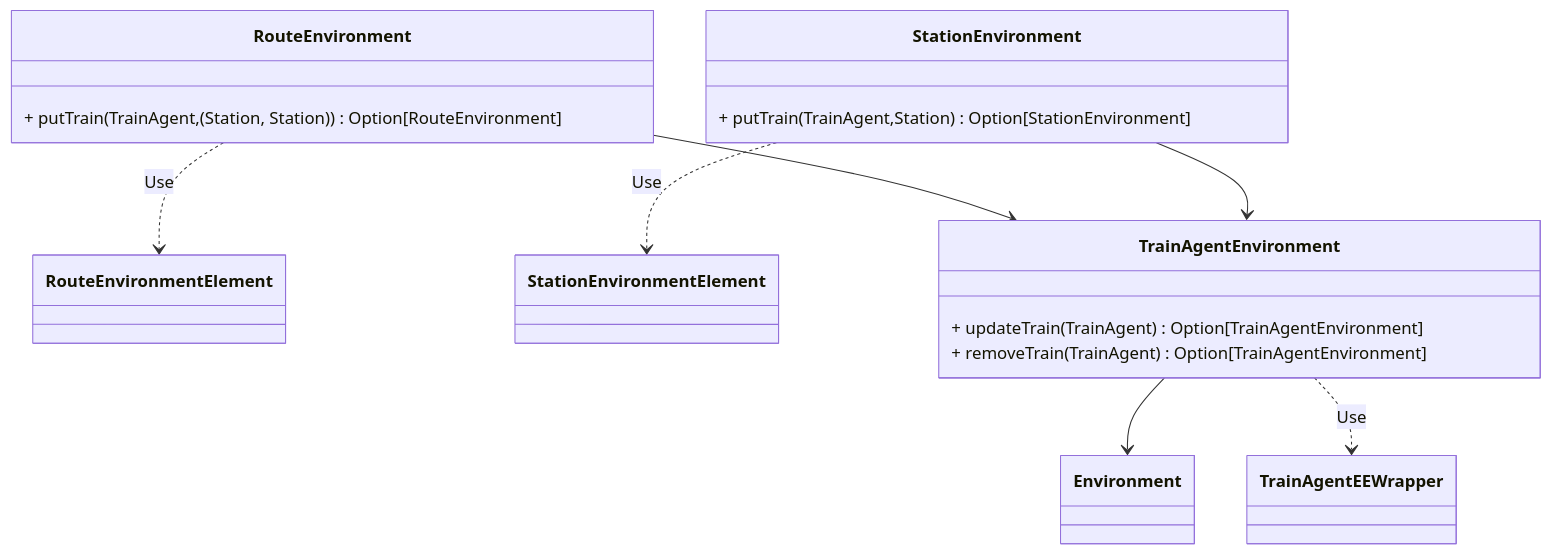
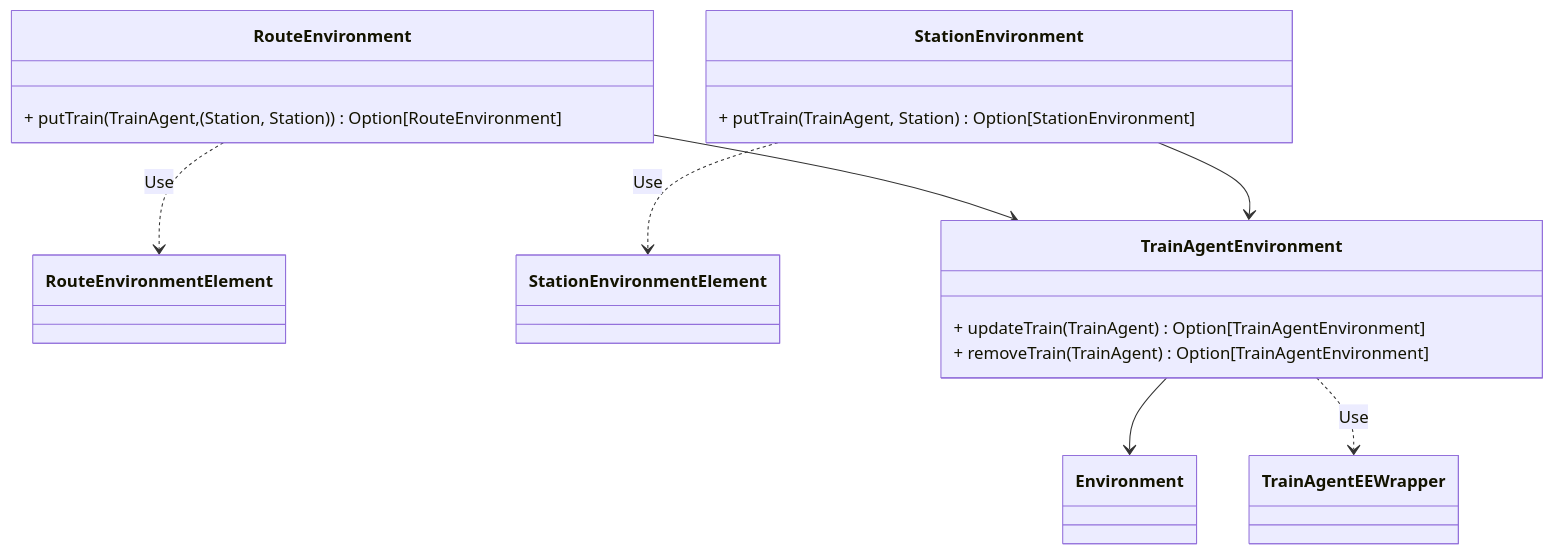
One commit to dev-pps/pps-23-ulisse changed diagram 16 of 19 in docs/report/4-details-design.md. Above: the diagram before and after it, drawn with Mermaid. The commit also changed other lines of this file, not shown here.

````diff
--- a/docs/report/4-details-design.md
+++ b/docs/report/4-details-design.md
@@ -783,29 +812,27 @@
 ```mermaid
 classDiagram
     direction TB
-   
+
     class RouteEnvironmentElement
     class StationEnvironmentElement
     class TrainAgentEEWrapper
     class Environment
-    class TrainAgentEnvironment{
-      + updateTrain(TrainAgent) Option[TrainAgentEnvironment]
-      + removeTrain(TrainAgent) Option[TrainAgentEnvironment]
+    class TrainAgentEnvironment {
+        + updateTrain(TrainAgent) Option[TrainAgentEnvironment]
+        + removeTrain(TrainAgent) Option[TrainAgentEnvironment]
     }
-    class StationEnvironment{
-      + putTrain(TrainAgent,Station) Option[StationEnvironment]
+    class StationEnvironment {
+        + putTrain(TrainAgent, Station) Option[StationEnvironment]
     }
-    class RouteEnvironment{
-      + putTrain(TrainAgent, (Station, Station)) Option[RouteEnvironment]
+    class RouteEnvironment {
+        + putTrain(TrainAgent, (Station, Station)) Option[RouteEnvironment]
     }
-    
-    
-    
+
     TrainAgentEnvironment --> Environment
     TrainAgentEnvironment ..> TrainAgentEEWrapper: Use
     RouteEnvironment --> TrainAgentEnvironment
     RouteEnvironment ..> RouteEnvironmentElement: Use
     StationEnvironment --> TrainAgentEnvironment
     StationEnvironment ..> StationEnvironmentElement: Use
-    
+
 ```
````
